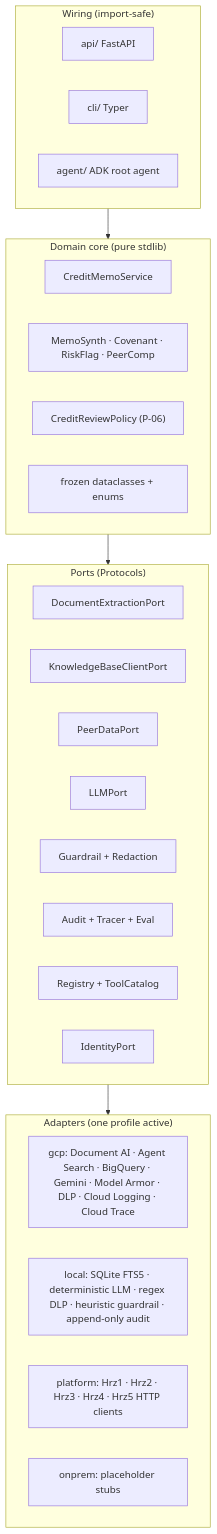
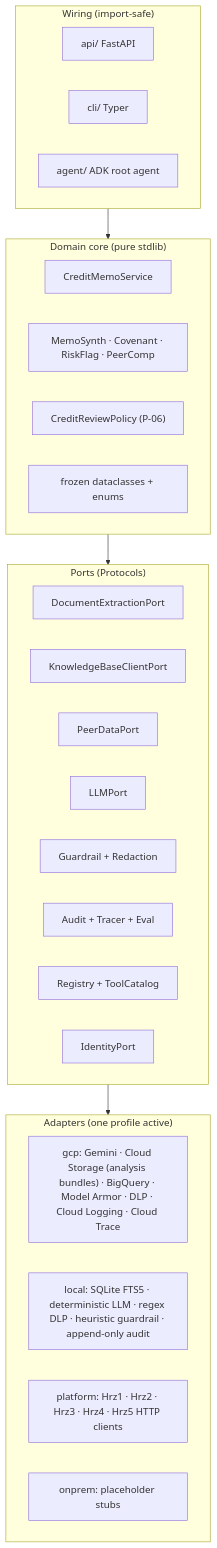
One commit to portable-genai/credit-memo-drafting changed the first of 3 diagrams in ARCHITECTURE.md. Above: the diagram before and after it, drawn with Mermaid. The commit also changed other lines of this file and 36 other files, not shown here.

````diff
--- a/ARCHITECTURE.md
+++ b/ARCHITECTURE.md
@@ -13,33 +13,33 @@
 ```mermaid
 flowchart TB
   subgraph wiring["Wiring (import-safe)"]
     api["api/ FastAPI"]
     cli["cli/ Typer"]
     agent["agent/ ADK root agent"]
   end
   subgraph core["Domain core (pure stdlib)"]
     svc["CreditMemoService"]
     sub["MemoSynth · Covenant · RiskFlag · PeerComp"]
     policy["CreditReviewPolicy (P-06)"]
     models["frozen dataclasses + enums"]
   end
   subgraph ports["Ports (Protocols)"]
     p_ex["DocumentExtractionPort"]
     p_kb["KnowledgeBaseClientPort"]
     p_peer["PeerDataPort"]
     p_llm["LLMPort"]
     p_safe["Guardrail + Redaction"]
     p_obs["Audit + Tracer + Eval"]
     p_gov["Registry + ToolCatalog"]
     p_id["IdentityPort"]
   end
   subgraph adapters["Adapters (one profile active)"]
-    gcp["gcp: Document AI · Agent Search · BigQuery · Gemini · Model Armor · DLP · Cloud Logging · Cloud Trace"]
+    gcp["gcp: Gemini · Cloud Storage (analysis bundles) · BigQuery · Model Armor · DLP · Cloud Logging · Cloud Trace"]
     local["local: SQLite FTS5 · deterministic LLM · regex DLP · heuristic guardrail · append-only audit"]
     platform["platform: Hrz1 · Hrz2 · Hrz3 · Hrz4 · Hrz5 HTTP clients"]
     onprem["onprem: placeholder stubs"]
   end
   wiring --> core
   core --> ports
   ports --> adapters
 ```
````
